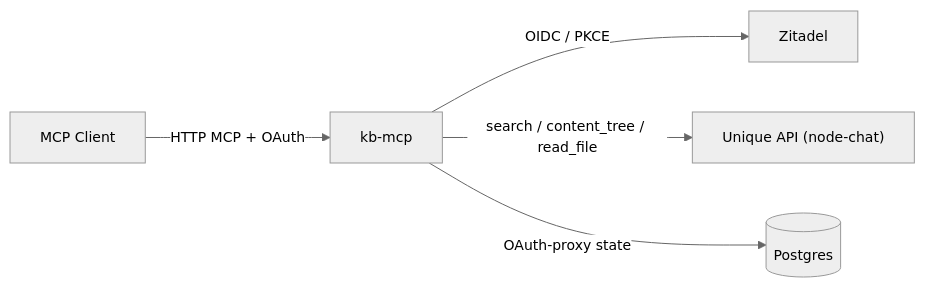
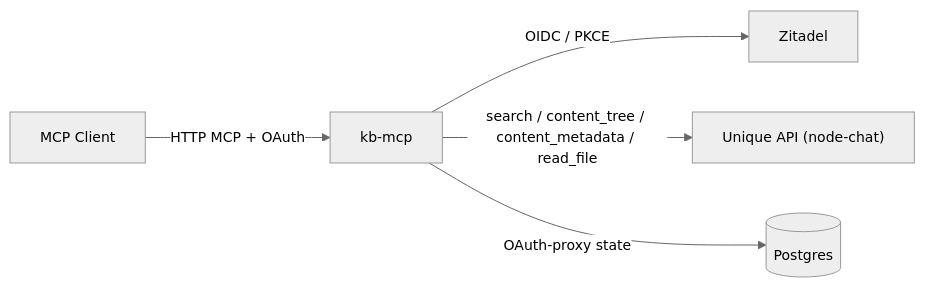
Before and after one commit to Unique-AG/connectors: the diagram in services/kb-mcp/docs/technical/architecture.md, drawn with Mermaid. The commit also changed other lines of this file and 5 other files, not shown here.

First line of the commit message:
docs(kb-mcp): document the content_metadata tool

````diff
--- a/services/kb-mcp/docs/technical/architecture.md
+++ b/services/kb-mcp/docs/technical/architecture.md
@@ -11,8 +11,8 @@
 ```mermaid
 %%{init: {'theme': 'neutral', 'themeVariables': { 'fontSize': '14px' }}}%%
 flowchart LR
     Client["MCP Client"] -->|"HTTP MCP + OAuth"| KbMcp["kb-mcp"]
     KbMcp -->|"OIDC / PKCE"| Zitadel["Zitadel"]
-    KbMcp -->|"search / content_tree / read_file"| NodeChat["Unique API (node-chat)"]
+    KbMcp -->|"search / content_tree / content_metadata / read_file"| NodeChat["Unique API (node-chat)"]
     KbMcp -->|"OAuth-proxy state"| Postgres[("Postgres")]
 ```
````
